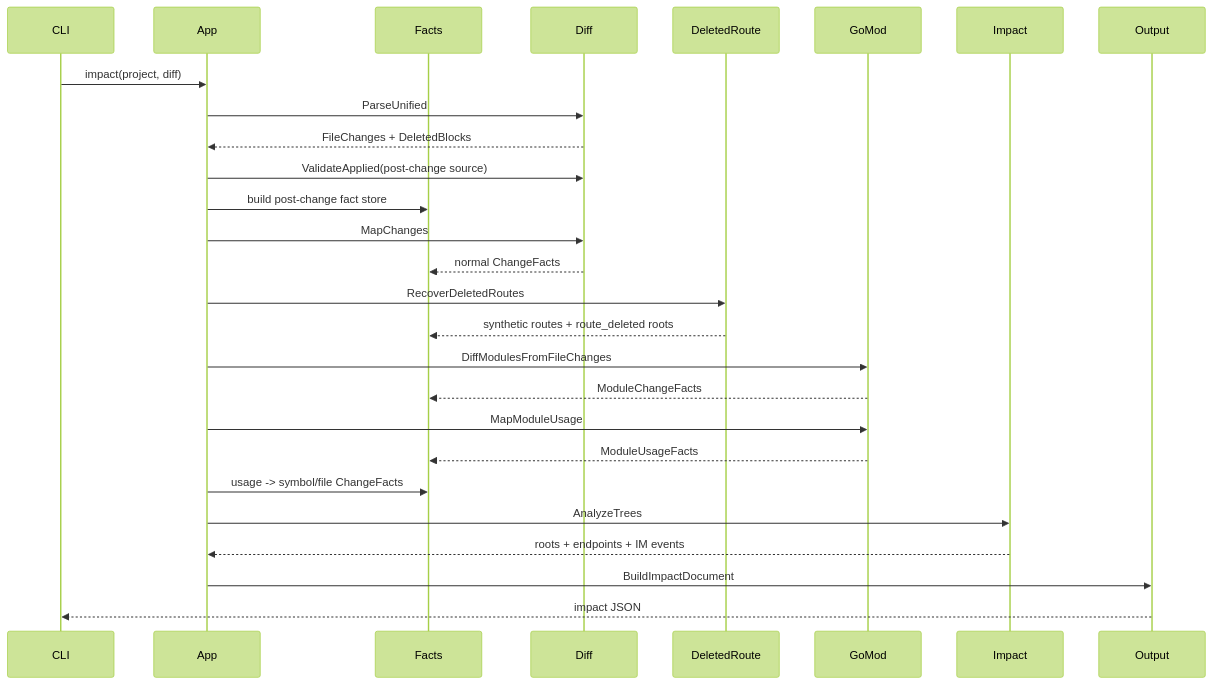
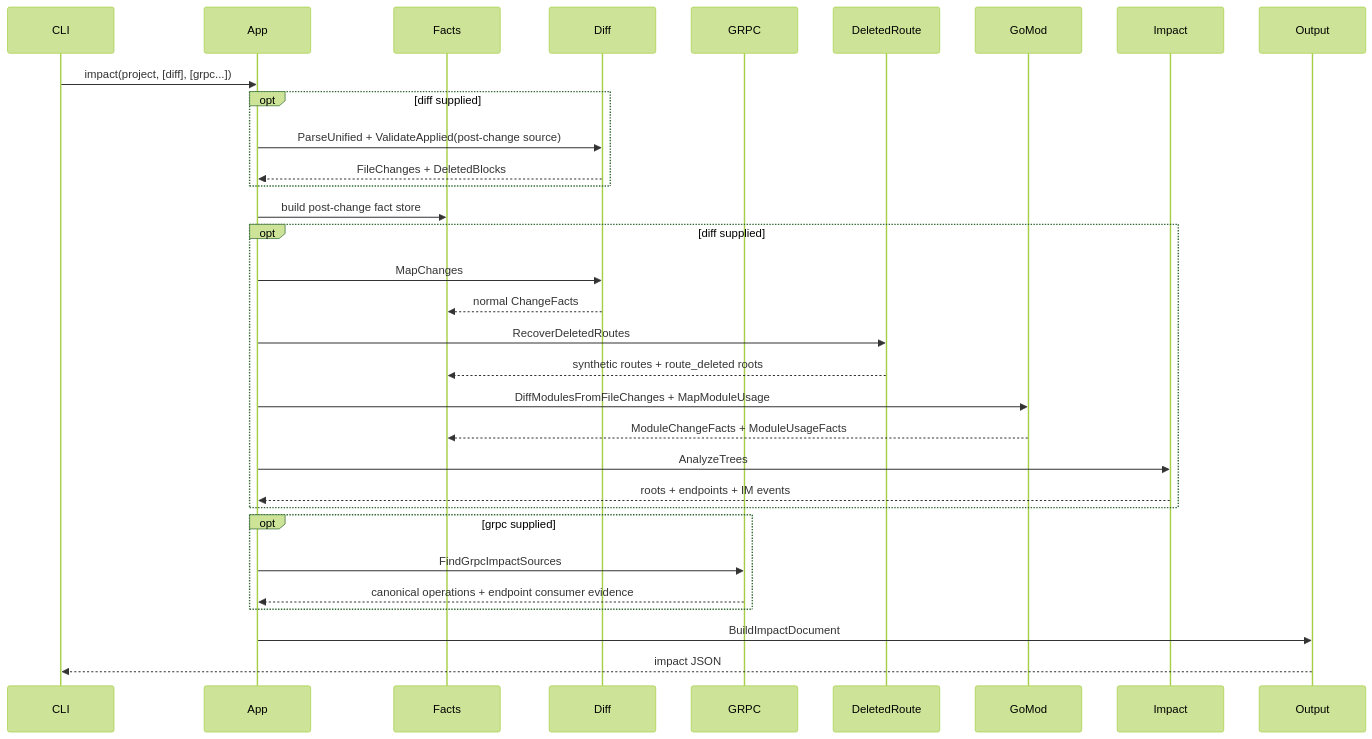
Before and after one commit to Flying-Bird1999/go-analyzer: the fifth of 5 diagrams in ARCHITECTURE.md, drawn with Mermaid (forest theme). The commit also changed other lines of this file and 13 other files, not shown here.

````diff
--- a/ARCHITECTURE.md
+++ b/ARCHITECTURE.md
@@ -894,30 +920,35 @@
 ```mermaid
 sequenceDiagram
     participant CLI
     participant App
     participant Facts
     participant Diff
+    participant GRPC
     participant DeletedRoute
     participant GoMod
     participant Impact
     participant Output
 
-    CLI->>App: impact(project, diff)
-    App->>Diff: ParseUnified
-    Diff-->>App: FileChanges + DeletedBlocks
-    App->>Diff: ValidateApplied(post-change source)
+    CLI->>App: impact(project, [diff], [grpc...])
+    opt diff supplied
+      App->>Diff: ParseUnified + ValidateApplied(post-change source)
+      Diff-->>App: FileChanges + DeletedBlocks
+    end
     App->>Facts: build post-change fact store
-    App->>Diff: MapChanges
-    Diff-->>Facts: normal ChangeFacts
-    App->>DeletedRoute: RecoverDeletedRoutes
-    DeletedRoute-->>Facts: synthetic routes + route_deleted roots
-    App->>GoMod: DiffModulesFromFileChanges
-    GoMod-->>Facts: ModuleChangeFacts
-    App->>GoMod: MapModuleUsage
-    GoMod-->>Facts: ModuleUsageFacts
-    App->>Facts: usage -> symbol/file ChangeFacts
-    App->>Impact: AnalyzeTrees
-    Impact-->>App: roots + endpoints + IM events
+    opt diff supplied
+      App->>Diff: MapChanges
+      Diff-->>Facts: normal ChangeFacts
+      App->>DeletedRoute: RecoverDeletedRoutes
+      DeletedRoute-->>Facts: synthetic routes + route_deleted roots
+      App->>GoMod: DiffModulesFromFileChanges + MapModuleUsage
+      GoMod-->>Facts: ModuleChangeFacts + ModuleUsageFacts
+      App->>Impact: AnalyzeTrees
+      Impact-->>App: roots + endpoints + IM events
+    end
+    opt grpc supplied
+      App->>GRPC: FindGrpcImpactSources
+      GRPC-->>App: canonical operations + endpoint consumer evidence
+    end
     App->>Output: BuildImpactDocument
     Output-->>CLI: impact JSON
 ```
````
